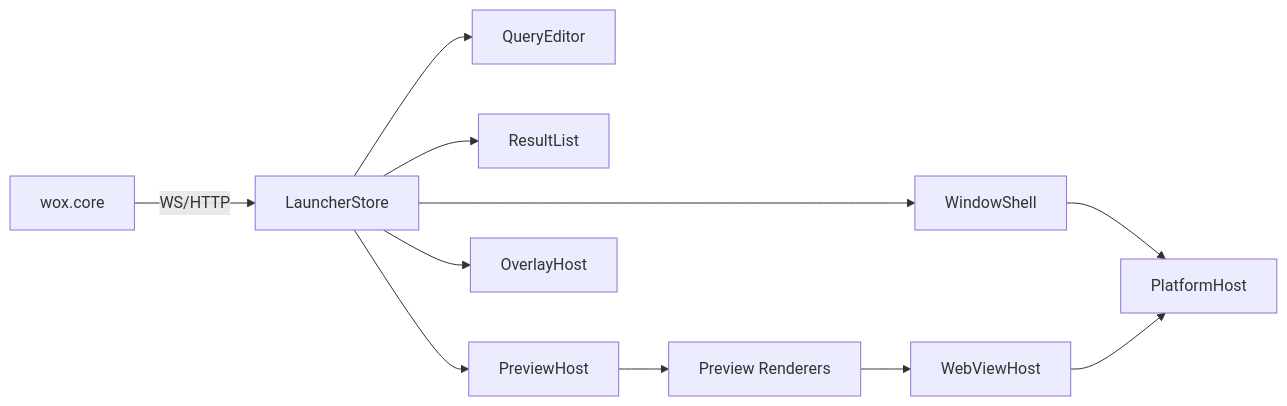
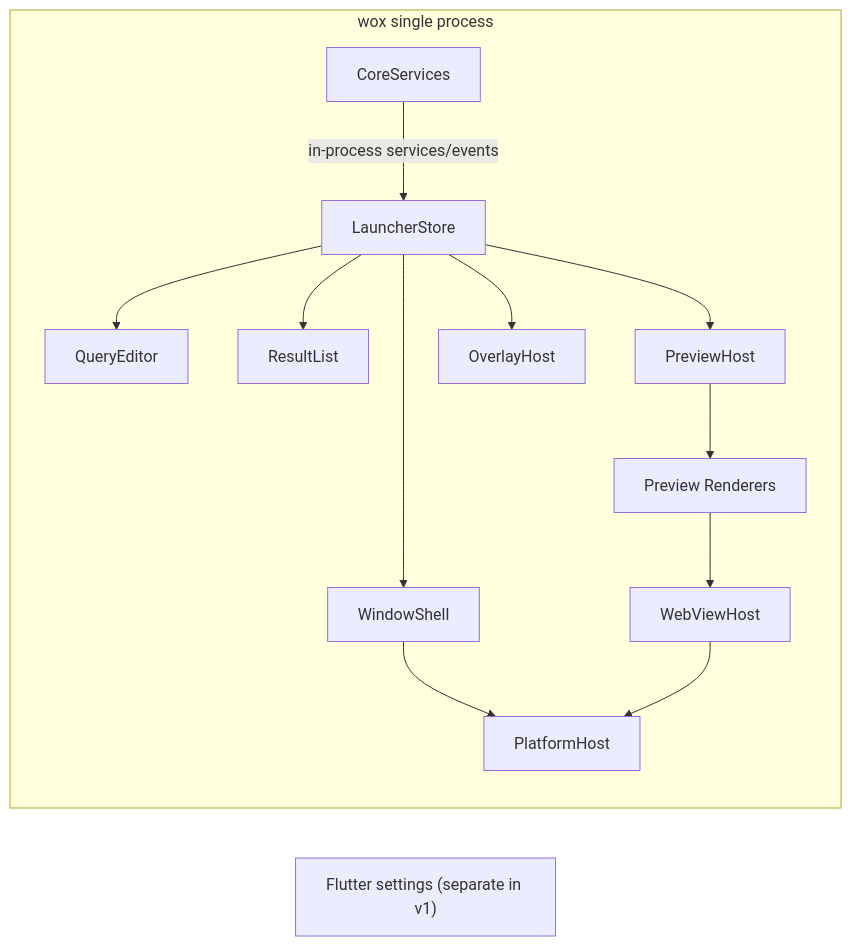
One commit to A-Archives-and-Forks/Wox changed the diagram in docs/superpowers/specs/2026-04-15-launcher-runtime-design.md. Above: the diagram before and after it, drawn with Mermaid. The commit also changed other lines of this file, not shown here.

Commit message:
docs(spec): switch launcher to single-process model

````diff
--- a/docs/superpowers/specs/2026-04-15-launcher-runtime-design.md
+++ b/docs/superpowers/specs/2026-04-15-launcher-runtime-design.md
@@ -146,13 +203,16 @@
 ```mermaid
 flowchart LR
-    Core["wox.core"] -->|"WS/HTTP"| Store["LauncherStore"]
-    Store --> Query["QueryEditor"]
-    Store --> List["ResultList"]
-    Store --> Preview["PreviewHost"]
-    Store --> Overlay["OverlayHost"]
-    Store --> Window["WindowShell"]
-    Preview --> Renderers["Preview Renderers"]
-    Renderers --> WebView["WebViewHost"]
-    Window --> Platform["PlatformHost"]
-    WebView --> Platform
+    subgraph Proc["wox single process"]
+        Core["CoreServices"] -->|"in-process services/events"| Store["LauncherStore"]
+        Store --> Query["QueryEditor"]
+        Store --> List["ResultList"]
+        Store --> Preview["PreviewHost"]
+        Store --> Overlay["OverlayHost"]
+        Store --> Window["WindowShell"]
+        Preview --> Renderers["Preview Renderers"]
+        Renderers --> WebView["WebViewHost"]
+        Window --> Platform["PlatformHost"]
+        WebView --> Platform
+    end
+    Settings["Flutter settings (separate in v1)"]
 ```
````
